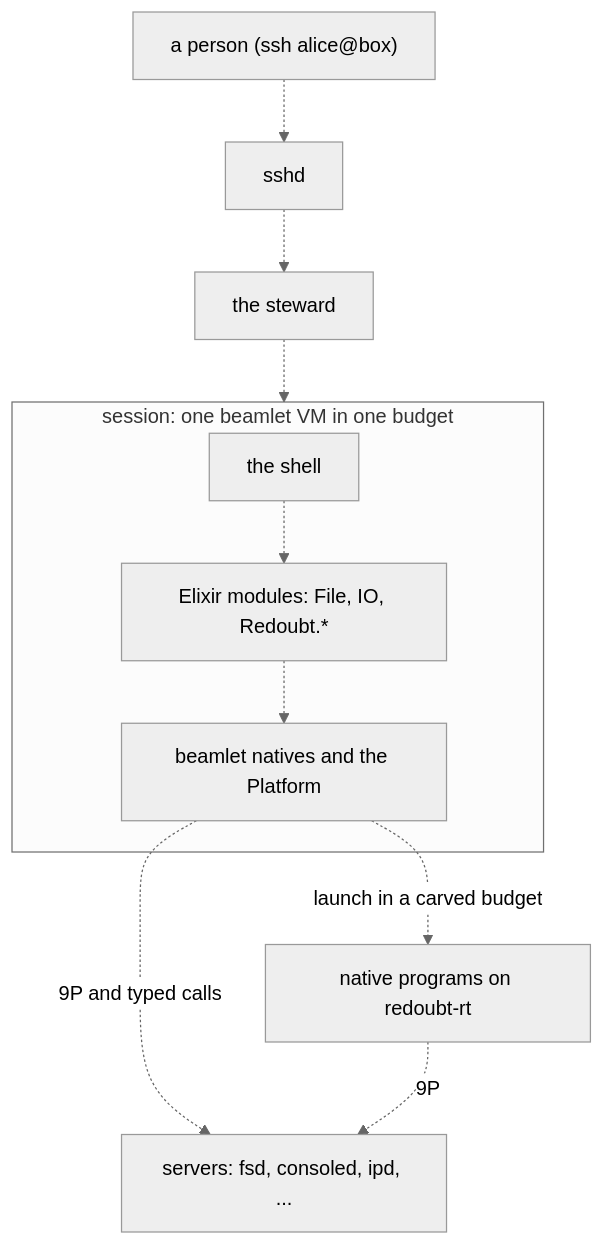
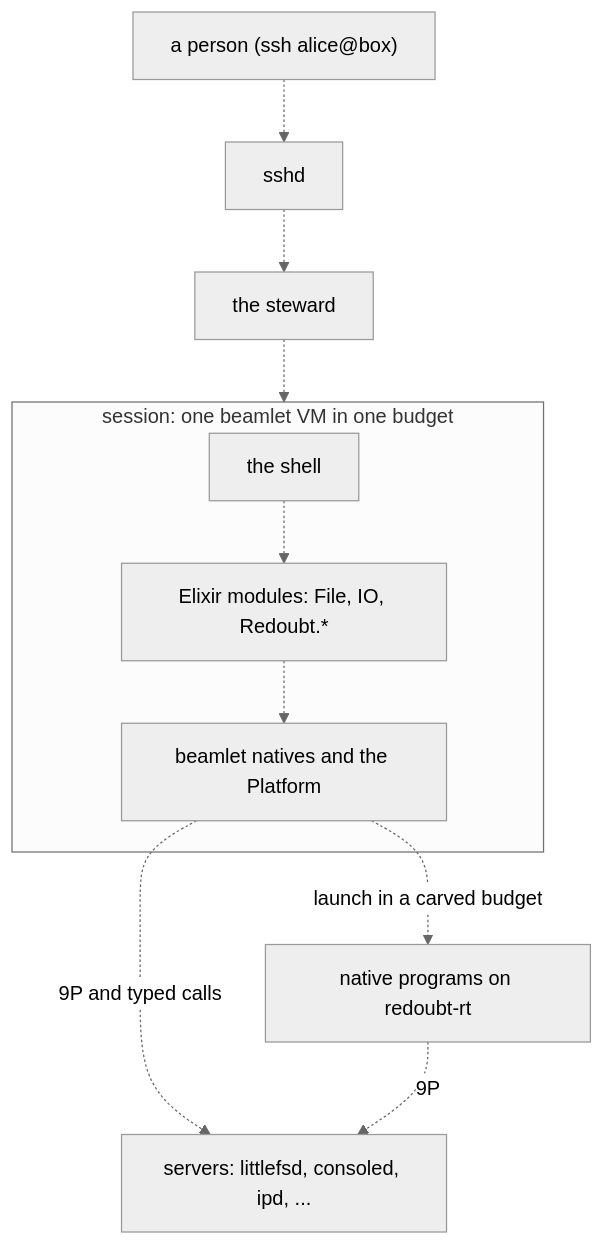
One commit to sirmick/redoubt changed the diagram in docs/userland/README.md. Above: the diagram before and after it, drawn with Mermaid (neutral theme). The commit also changed 25 other files, not shown here.

First line of the commit message:
docs: the book calls the littlefs file server littlefsd

````diff
--- a/docs/userland/README.md
+++ b/docs/userland/README.md
@@ -103,13 +103,13 @@
 ```mermaid
 flowchart TB
     P["a person (ssh alice@box)"] -.-> S["sshd"]
     S -.-> ST["the steward"]
     ST -.-> VM
     subgraph VM["session: one beamlet VM in one budget"]
         SH["the shell"] -.-> EX["Elixir modules: File, IO, Redoubt.*"]
         EX -.-> NAT["beamlet natives and the Platform"]
     end
-    NAT -.->|"9P and typed calls"| SRV["servers: fsd, consoled, ipd, ..."]
+    NAT -.->|"9P and typed calls"| SRV["servers: littlefsd, consoled, ipd, ..."]
     NAT -.->|"launch in a carved budget"| N["native programs on redoubt-rt"]
     N -.->|"9P"| SRV
 ```
````
